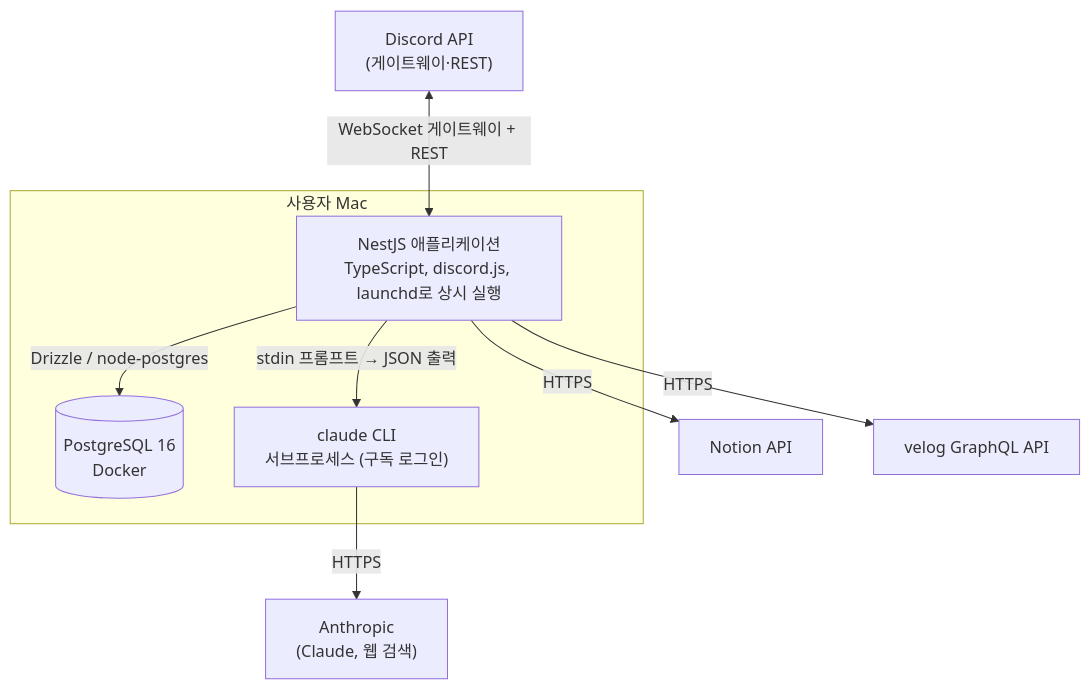
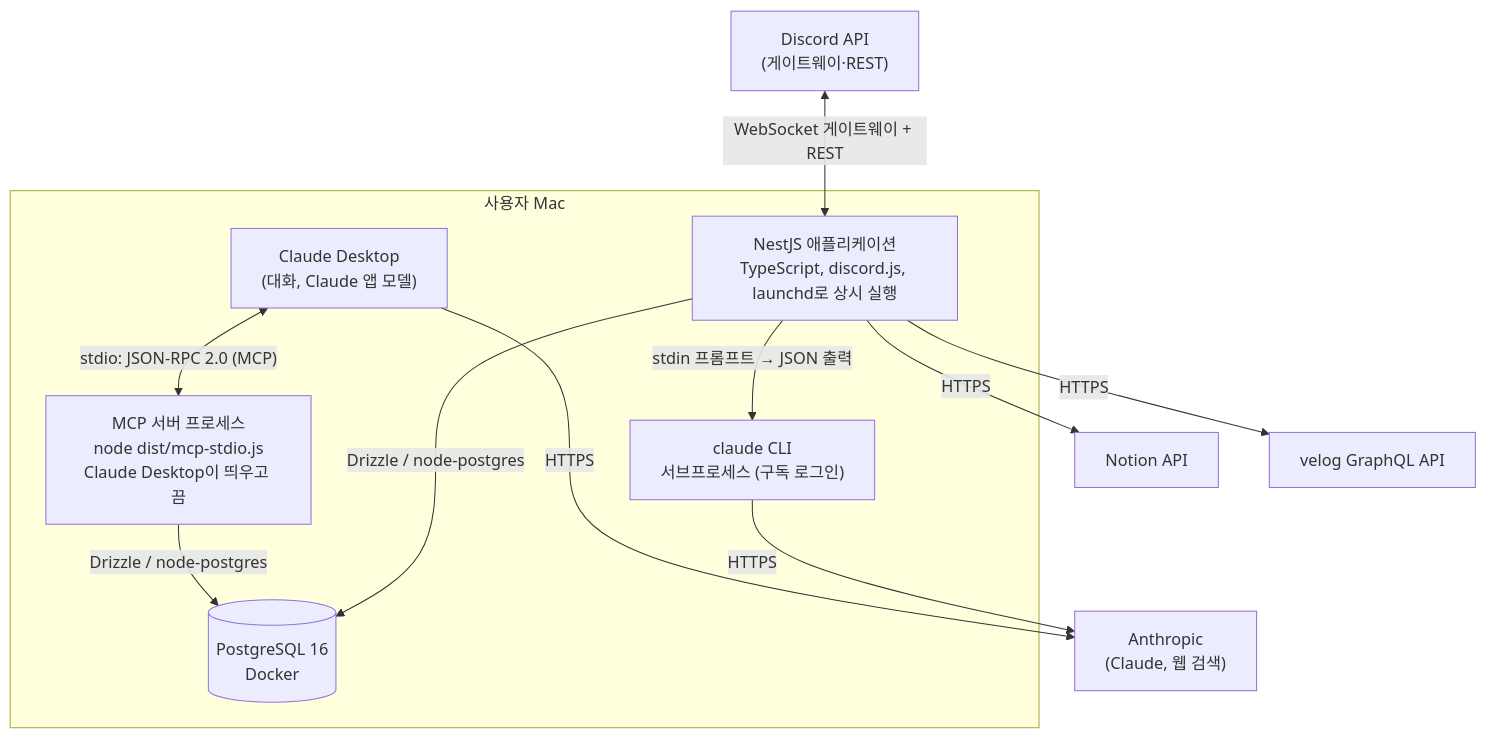
The diagram in docs/architecture/c4-2-container.md (Wonchang0314/growth-assistant), drawn with Mermaid before and after one commit. The commit also changed other lines of this file and 31 other files, not shown here.

First line of the commit message:
feat: 로컬 MCP 서버 stdio 진입점과 첫 도구 (get_learning_context, record_study_note)

````diff
--- a/docs/architecture/c4-2-container.md
+++ b/docs/architecture/c4-2-container.md
@@ -5,19 +5,24 @@
 ```mermaid
 flowchart TB
     discord["Discord API<br/>(게이트웨이·REST)"]
     notion["Notion API"]
     velog["velog GraphQL API"]
 
     subgraph mac["사용자 Mac"]
+        desktop["Claude Desktop<br/>(대화, Claude 앱 모델)"]
+        mcpProc["MCP 서버 프로세스<br/>node dist/mcp-stdio.js<br/>Claude Desktop이 띄우고 끔"]
         app["NestJS 애플리케이션<br/>TypeScript, discord.js, launchd로 상시 실행"]
         db[("PostgreSQL 16<br/>Docker")]
         cli["claude CLI<br/>서브프로세스 (구독 로그인)"]
     end
 
+    desktop <-- "stdio: JSON-RPC 2.0 (MCP)" --> mcpProc
+    desktop -- "HTTPS" --> anthropic
+    mcpProc -- "Drizzle / node-postgres" --> db
     discord <-- "WebSocket 게이트웨이 + REST" --> app
     app -- "Drizzle / node-postgres" --> db
     app -- "stdin 프롬프트 → JSON 출력" --> cli
     cli -- "HTTPS" --> anthropic["Anthropic<br/>(Claude, 웹 검색)"]
     app -- "HTTPS" --> notion
     app -- "HTTPS" --> velog
 ```
````
